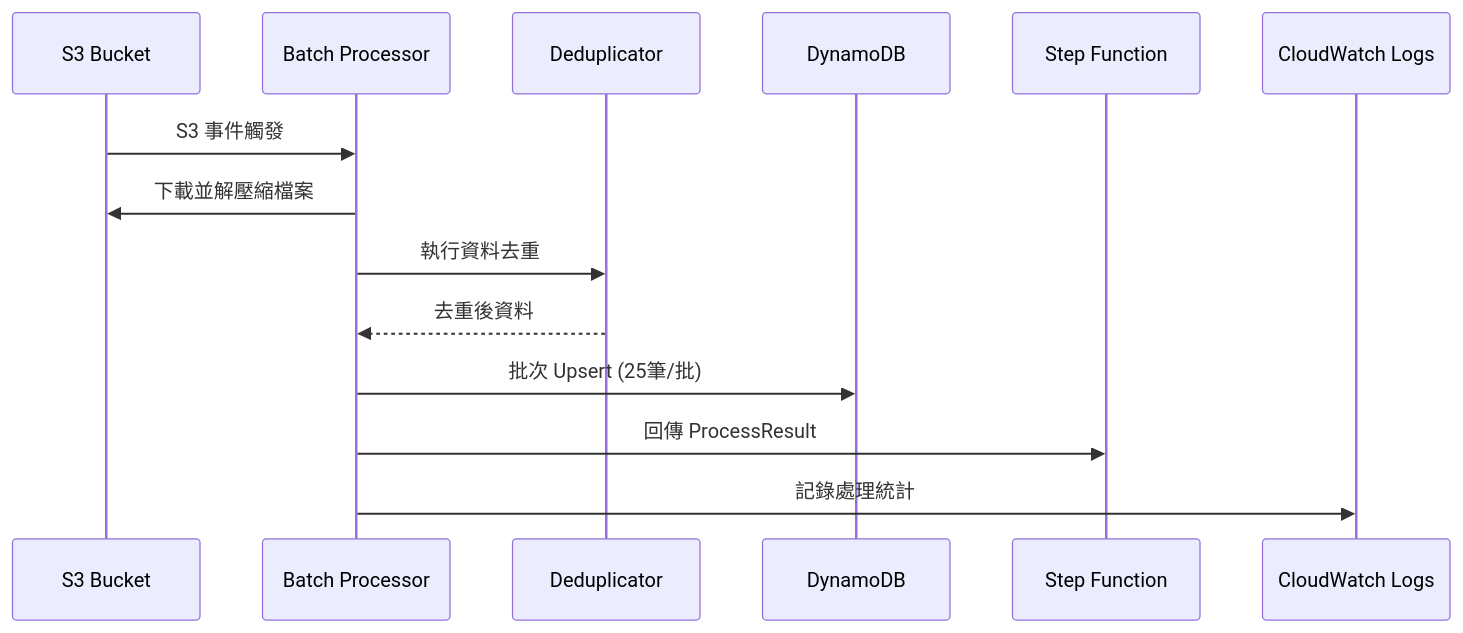
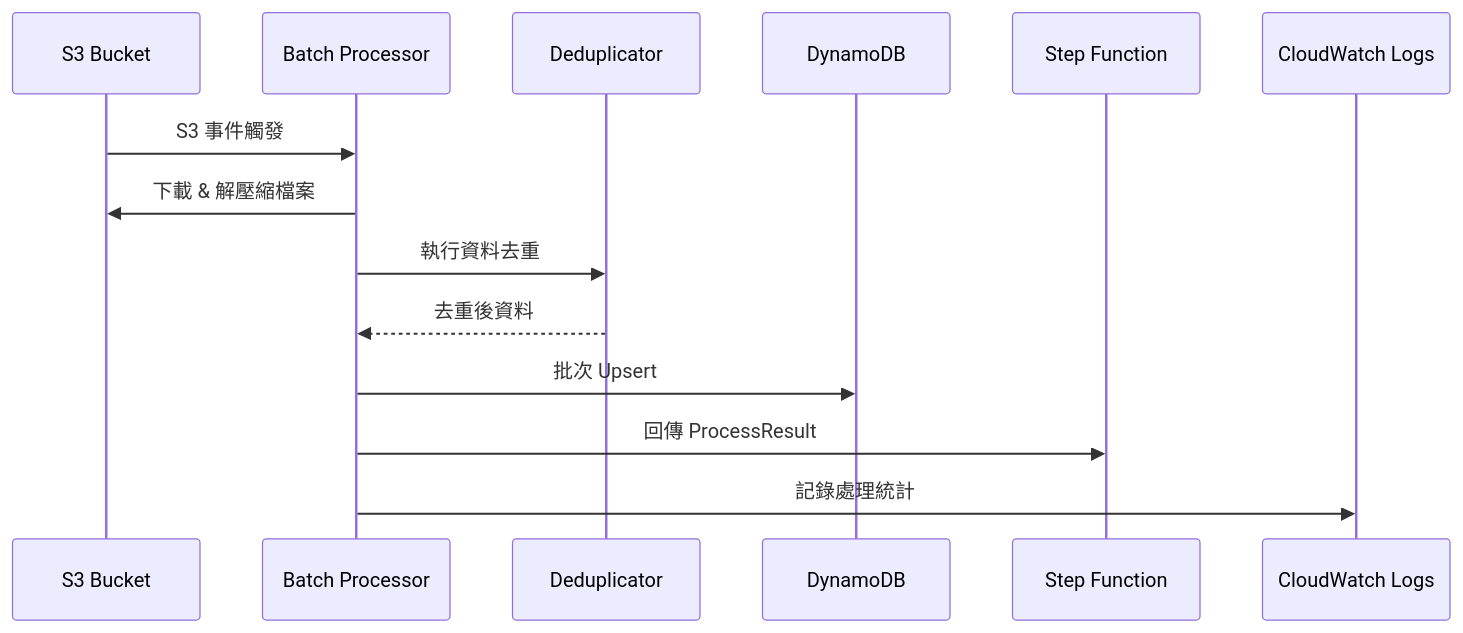
Before and after one commit to JayWithBackPain/Paper_Pipeline_project: the third of 4 diagrams in README.md, drawn with Mermaid. The commit also changed other lines of this file and 11 other files, not shown here.

````diff
--- a/README.md
+++ b/README.md
@@ -77,17 +72,17 @@
 ```mermaid
 sequenceDiagram
     participant S3 as S3 Bucket
     participant BP as Batch Processor
     participant DD as Deduplicator
     participant DDB as DynamoDB
     participant SF as Step Function
     participant CWL as CloudWatch Logs
 
     S3->>BP: S3 事件觸發
-    BP->>S3: 下載並解壓縮檔案
+    BP->>S3: 下載 & 解壓縮檔案
     BP->>DD: 執行資料去重
     DD-->>BP: 去重後資料
-    BP->>DDB: 批次 Upsert (25筆/批)
+    BP->>DDB: 批次 Upsert
     BP->>SF: 回傳 ProcessResult
     BP->>CWL: 記錄處理統計
 ```
````
